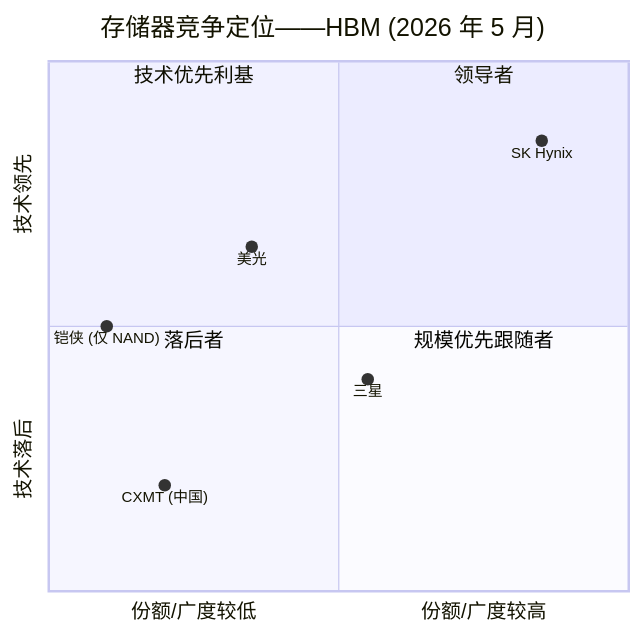
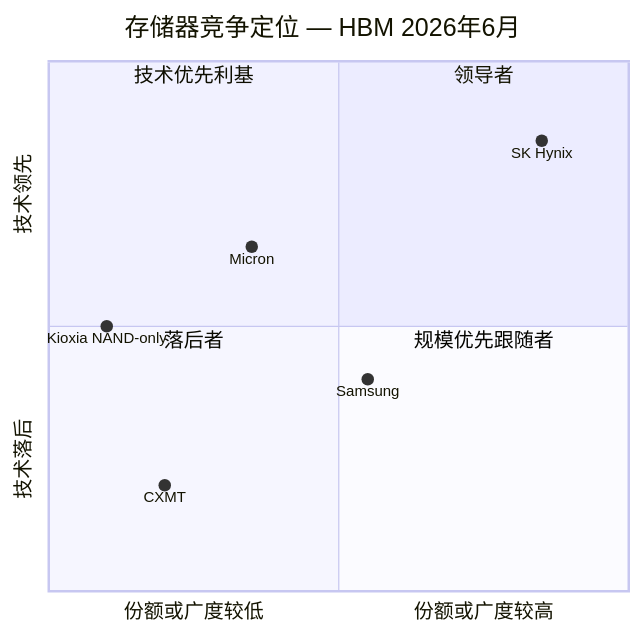
One commit to dadachundan/financial_agent changed the second of 2 diagrams in reports/company/SKHynix_KRX000660/SKHynix_KRX000660_公司研究.md. Above: the diagram before and after it, drawn with Mermaid. The commit also changed other lines of this file and 9 other files, not shown here.

````diff
--- a/reports/company/SKHynix_KRX000660/SKHynix_KRX000660_公司研究.md
+++ b/reports/company/SKHynix_KRX000660/SKHynix_KRX000660_公司研究.md
@@ -254,15 +727,15 @@
 ```mermaid
 quadrantChart
-        title 存储器竞争定位——HBM (2026 年 5 月)
-        x-axis "份额/广度较低" --> "份额/广度较高"
+        title 存储器竞争定位 — HBM 2026年6月
+        x-axis "份额或广度较低" --> "份额或广度较高"
         y-axis "技术落后" --> "技术领先"
         quadrant-1 "领导者"
         quadrant-2 "技术优先利基"
         quadrant-3 "落后者"
         quadrant-4 "规模优先跟随者"
         "SK Hynix": [0.85, 0.85]
-        "三星": [0.55, 0.4]
-        "美光": [0.35, 0.65]
-        "CXMT (中国)": [0.2, 0.2]
-        "铠侠 (仅 NAND)": [0.1, 0.5]
+        "Samsung": [0.55, 0.4]
+        "Micron": [0.35, 0.65]
+        "CXMT": [0.2, 0.2]
+        "Kioxia NAND-only": [0.1, 0.5]
 ```
````
